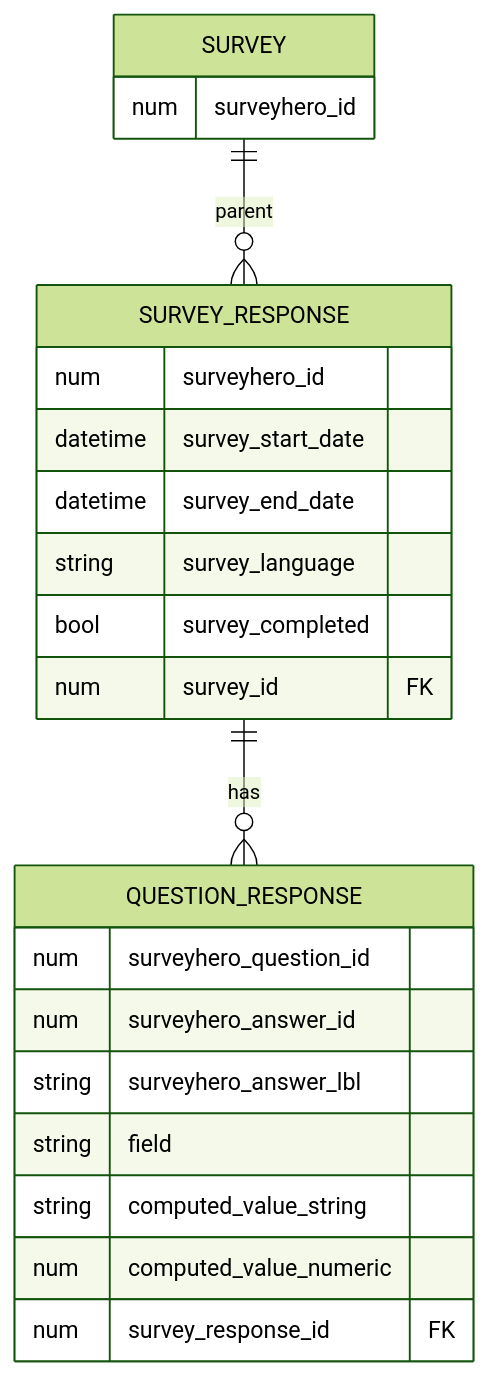
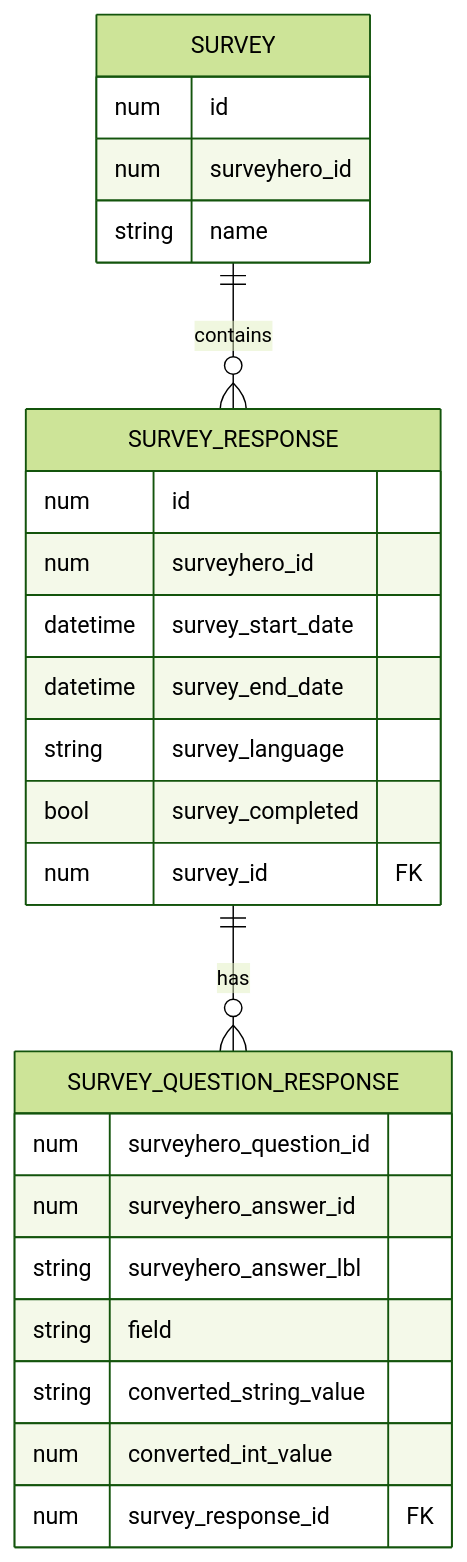
One commit to statikbe/laravel-surveyhero changed the diagram in README.md. Above: the diagram before and after it, drawn with Mermaid (forest theme). The commit also changed 7 other files, not shown here.

````diff
--- a/README.md
+++ b/README.md
@@ -47,25 +47,29 @@
 ``` mermaid
 erDiagram
 SURVEY {
+    num id
     num surveyhero_id
+    string name
+    
 }
 SURVEY_RESPONSE {
+    num id
     num surveyhero_id
     datetime survey_start_date
     datetime survey_end_date
     string survey_language
     bool survey_completed
     num survey_id FK
 }
-QUESTION_RESPONSE {
+SURVEY_QUESTION_RESPONSE {
     num surveyhero_question_id
     num surveyhero_answer_id
     string surveyhero_answer_lbl
     string field
-    string computed_value_string
-    num computed_value_numeric
+    string converted_string_value
+    num converted_int_value
     num survey_response_id FK
 }
-SURVEY ||--o{ SURVEY_RESPONSE : parent
-SURVEY_RESPONSE ||--o{ QUESTION_RESPONSE : has
+SURVEY ||--o{ SURVEY_RESPONSE : contains
+SURVEY_RESPONSE ||--o{ SURVEY_QUESTION_RESPONSE : has
 ```
````
